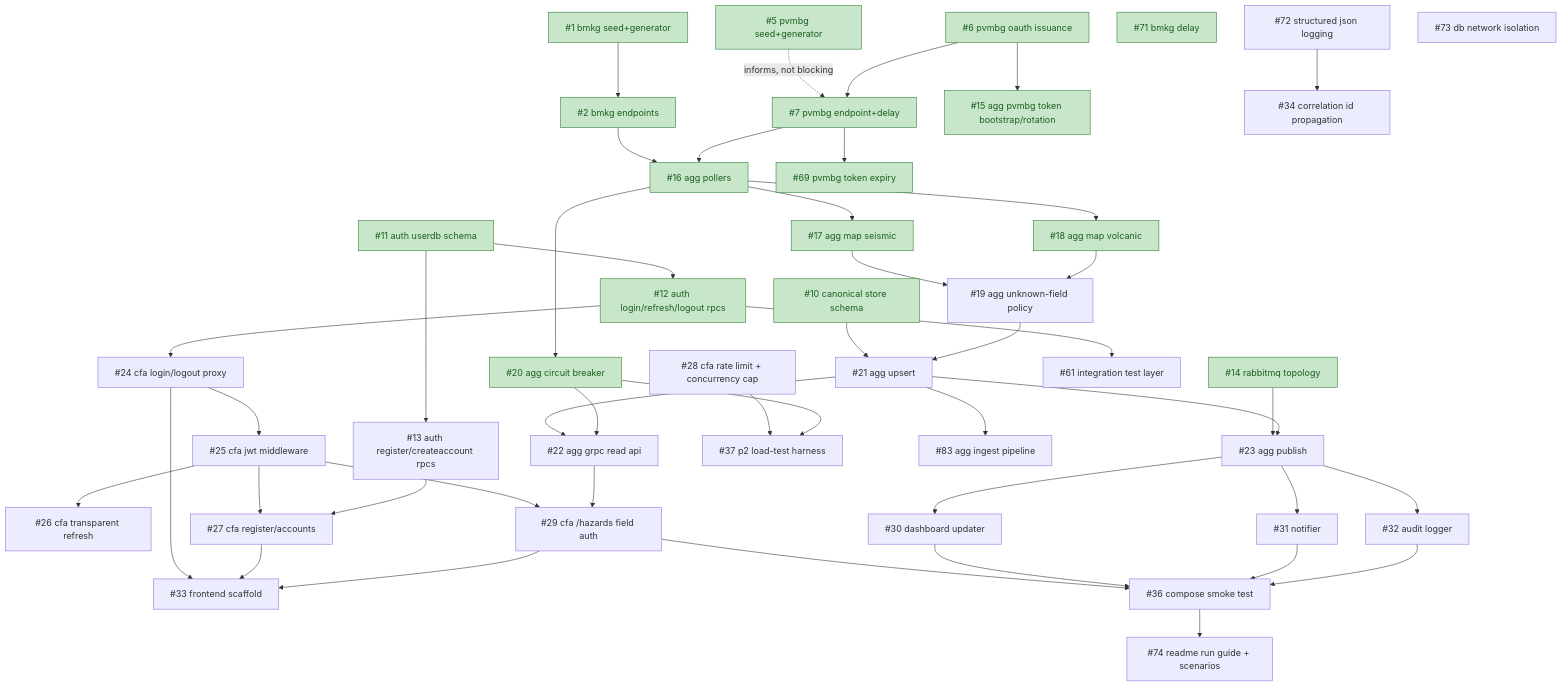
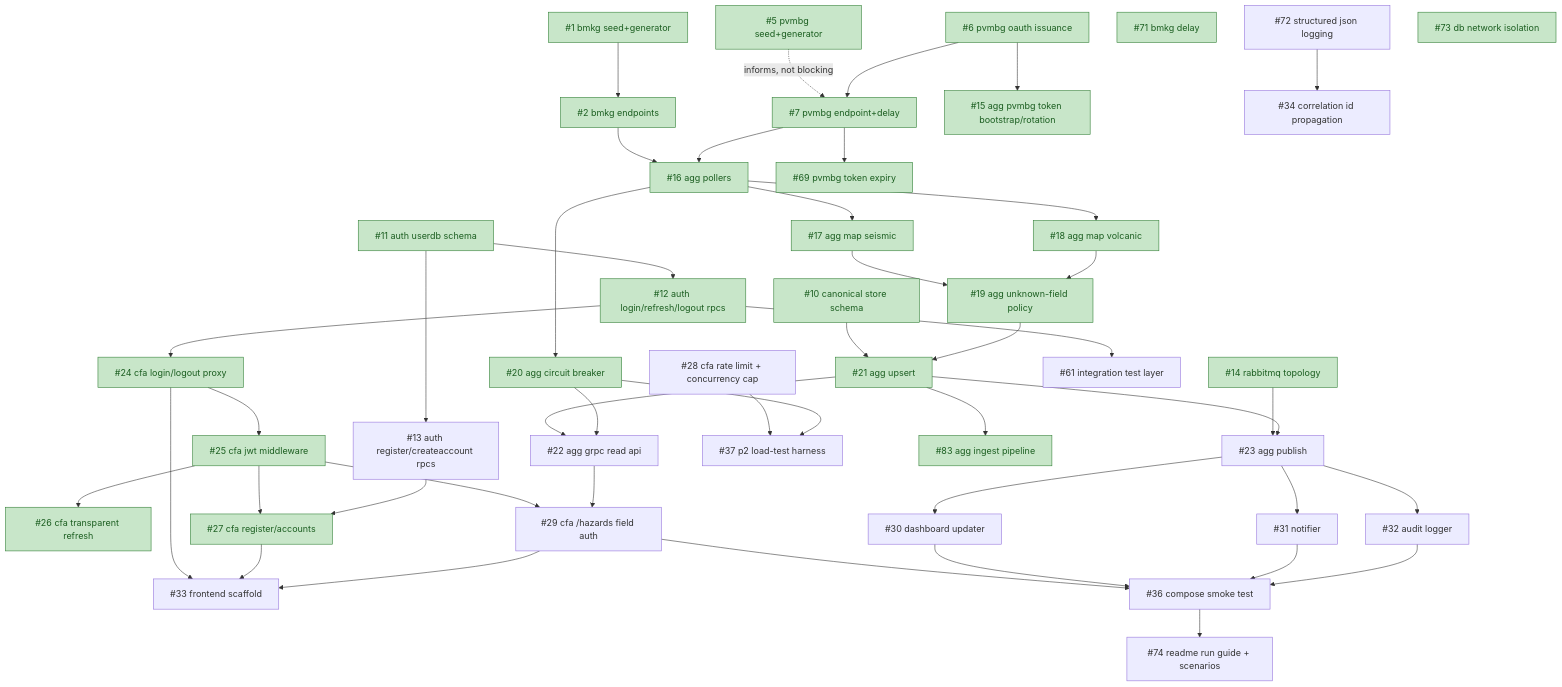
One commit to brii26/distributed-hazard-coordination changed the diagram in doc/BACKLOG_DEPENDENCIES.md. Above: the diagram before and after it, drawn with Mermaid. The commit also changed other lines of this file, not shown here.

Commit message:
docs(backlog): mark #24-#27 and the merged #19, #21, #73, #83 done; #22, #23 now ready

````diff
--- a/doc/BACKLOG_DEPENDENCIES.md
+++ b/doc/BACKLOG_DEPENDENCIES.md
@@ -24,62 +23,62 @@
 ```mermaid
 graph TD
   1["#1 bmkg seed+generator"] --> 2["#2 bmkg endpoints"]
   5["#5 pvmbg seed+generator"] -.->|informs, not blocking| 7
 
   6["#6 pvmbg oauth issuance"] --> 15["#15 agg pvmbg token bootstrap/rotation"]
   6 --> 7["#7 pvmbg endpoint+delay"]
   7 --> 69["#69 pvmbg token expiry"]
 
   2 --> 16["#16 agg pollers"]
   7 --> 16
   16 --> 17["#17 agg map seismic"]
   16 --> 18["#18 agg map volcanic"]
   16 --> 20["#20 agg circuit breaker"]
   17 --> 19["#19 agg unknown-field policy"]
   18 --> 19
 
   10["#10 canonical store schema"] --> 21["#21 agg upsert"]
   19 --> 21
   21 --> 22["#22 agg grpc read api"]
   20 --> 22
 
   14["#14 rabbitmq topology"] --> 23["#23 agg publish"]
   21 --> 23
   21 --> 83["#83 agg ingest pipeline"]
 
   11["#11 auth userdb schema"] --> 12["#12 auth login/refresh/logout rpcs"]
   11 --> 13["#13 auth register/createaccount rpcs"]
 
   12 --> 24["#24 cfa login/logout proxy"]
   12 --> 61["#61 integration test layer"]
   24 --> 25["#25 cfa jwt middleware"]
   25 --> 26["#26 cfa transparent refresh"]
   25 --> 27["#27 cfa register/accounts"]
   13 --> 27
   25 --> 29["#29 cfa /hazards field auth"]
   22 --> 29
 
   23 --> 30["#30 dashboard updater"]
   23 --> 31["#31 notifier"]
   23 --> 32["#32 audit logger"]
 
   24 --> 33["#33 frontend scaffold"]
   27 --> 33
   29 --> 33
 
   29 --> 36["#36 compose smoke test"]
   30 --> 36
   31 --> 36
   32 --> 36
 
   28["#28 cfa rate limit + concurrency cap"] --> 37["#37 p2 load-test harness"]
   20 --> 37
 
   72["#72 structured json logging"] --> 34["#34 correlation id propagation"]
   36 --> 74["#74 readme run guide + scenarios"]
   71["#71 bmkg delay"]
   73["#73 db network isolation"]
 
   classDef done fill:#c8e6c9,stroke:#2e7d32,color:#1b5e20
-  class 1,2,5,6,7,10,11,12,14,15,16,17,18,20,69,71 done
+  class 1,2,5,6,7,10,11,12,14,15,16,17,18,19,20,21,24,25,26,27,69,71,73,83 done
 ```
````
